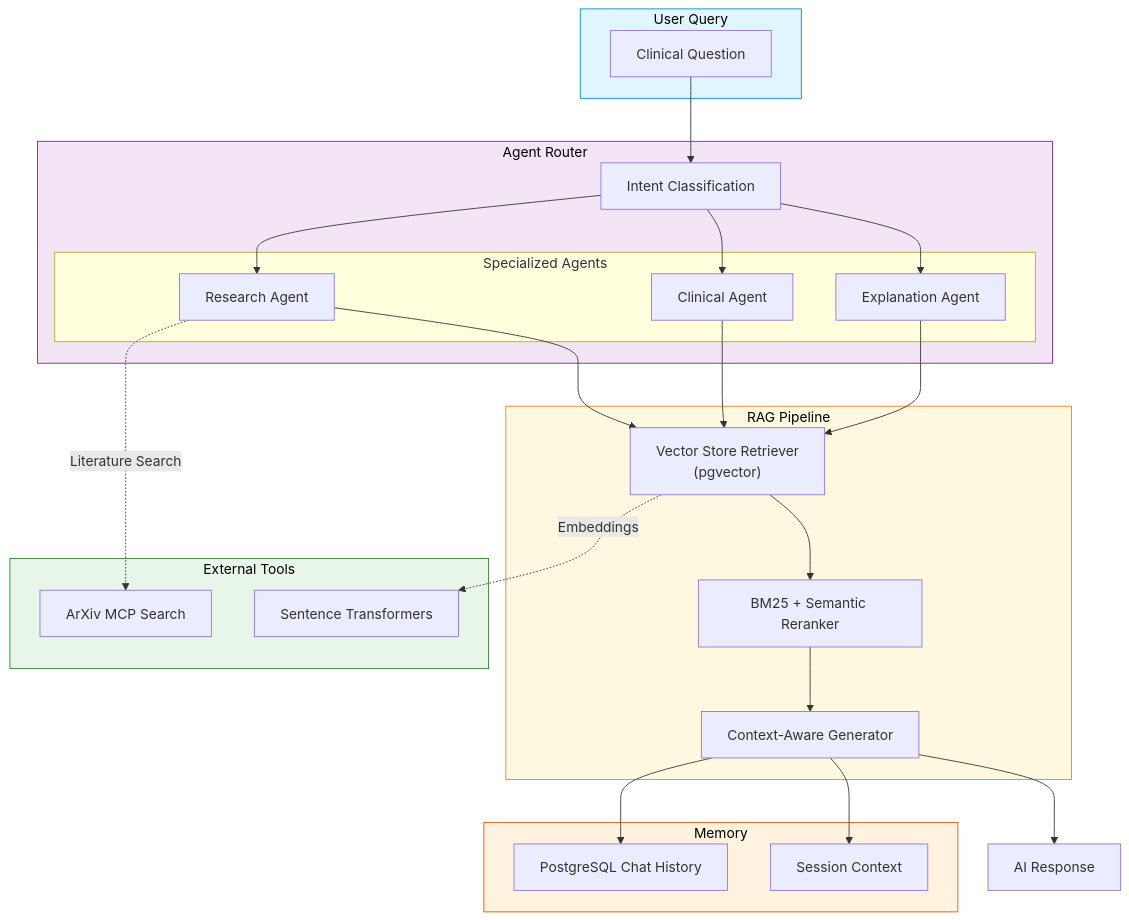
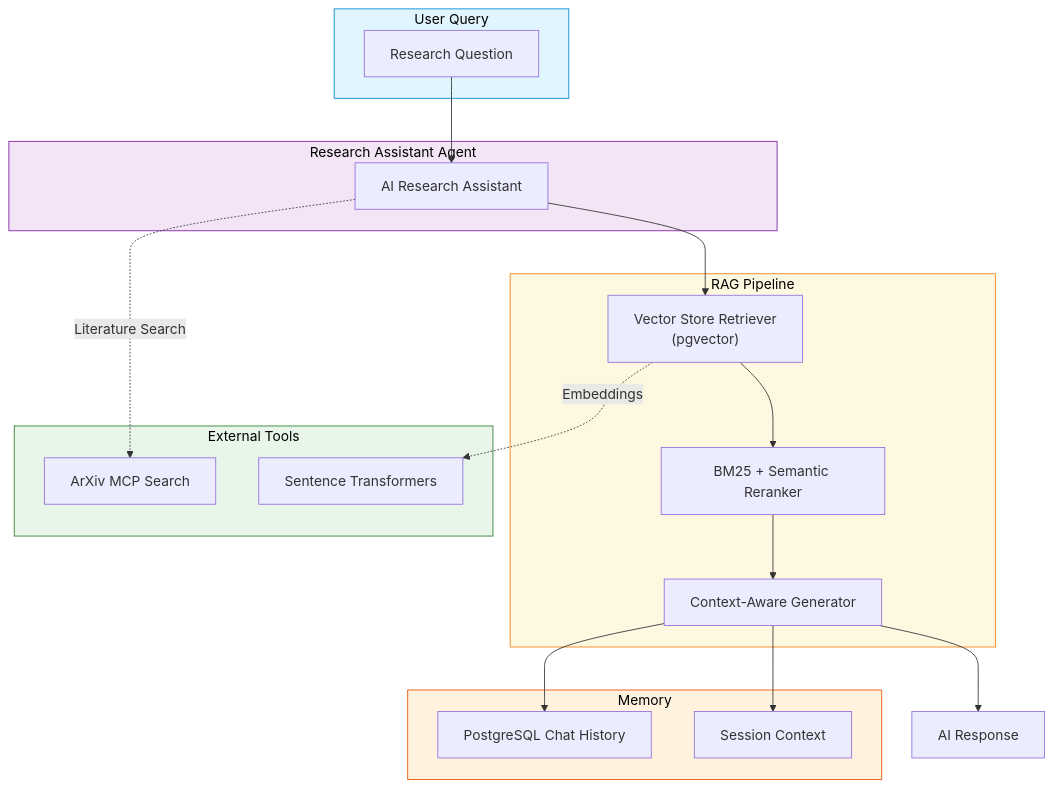
One commit to h19overflow/federated_learning changed the fifth of 5 diagrams in README.md. Above: the diagram before and after it, drawn with Mermaid. The commit also changed other lines of this file, not shown here.

Commit message:
refactor: Improve AI Research Assistant description and update diagram for clarity

````diff
--- a/README.md
+++ b/README.md
@@ -329,58 +329,46 @@
 ```mermaid
 graph TB
     subgraph UserQuery["User Query"]
-        Query["Clinical Question"]
+        Query["Research Question"]
     end
 
-    subgraph AgentRouter["Agent Router"]
-        Router["Intent Classification"]
-
-        subgraph Agents["Specialized Agents"]
-            Research["Research Agent"]
-            Clinical["Clinical Agent"]
-            Explain["Explanation Agent"]
-        end
+    subgraph Assistant["Research Assistant Agent"]
+        Agent["AI Research Assistant"]
     end
 
     subgraph RAG["RAG Pipeline"]
         Retriever["Vector Store Retriever<br/>(pgvector)"]
         Reranker["BM25 + Semantic Reranker"]
         Generator["Context-Aware Generator"]
     end
 
     subgraph Tools["External Tools"]
         ArXiv["ArXiv MCP Search"]
         Embeddings["Sentence Transformers"]
     end
 
     subgraph Memory["Memory"]
         ChatHistory["PostgreSQL Chat History"]
         Context["Session Context"]
     end
 
-    Query --> Router
-    Router --> Research
-    Router --> Clinical
-    Router --> Explain
-
-    Research --> Retriever
-    Clinical --> Retriever
-    Explain --> Retriever
+    Query --> Agent
+    Agent --> Retriever
 
     Retriever --> Reranker
     Reranker --> Generator
 
-    Research -.->|Literature Search| ArXiv
+    Agent -.->|Literature Search| ArXiv
     Retriever -.->|Embeddings| Embeddings
 
     Generator --> ChatHistory
     Generator --> Context
 
     Generator --> Response["AI Response"]
 
     style UserQuery fill:#E1F5FE,stroke:#0288D1,color:#000
-    style AgentRouter fill:#F3E5F5,stroke:#7B1FA2,color:#000
+    style Assistant fill:#F3E5F5,stroke:#7B1FA2,color:#000
     style RAG fill:#FFF8E1,stroke:#F57F17,color:#000
     style Tools fill:#E8F5E9,stroke:#2E7D32,color:#000
     style Memory fill:#FFF3E0,stroke:#E65100,color:#000
 ```
````
